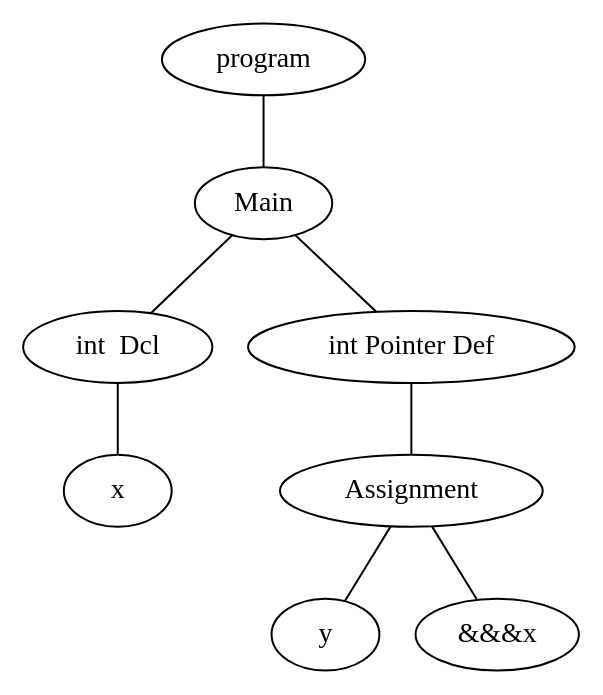
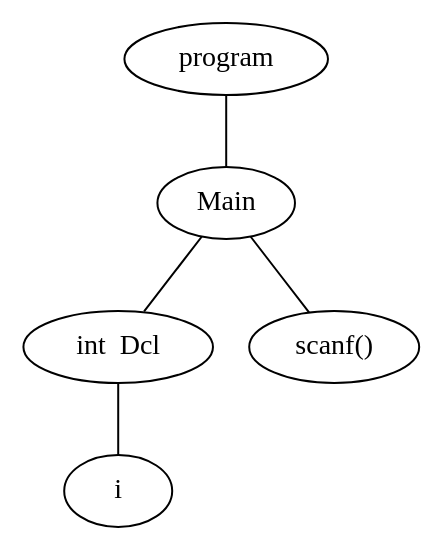
Before and after one commit to Danh95/Project-Compilers: the diagram in AST.dot, drawn with Graphviz. The commit also changed 4 other files, not shown here.

```diff
--- a/AST.dot
+++ b/AST.dot
@@ -1,18 +1,12 @@
 graph AST {
 0[label="program"];
 1[label="Main"];
 0 -- 1;
 2[label=" int  Dcl"];
 1 -- 2;
-3[label="x"];
+3[label="i"];
 2 -- 3;
-4[label=" int Pointer Def"];
+4[label="scanf()"];
 1 -- 4;
-5[label="Assignment"];
-4 -- 5;
-6[label="y"];
-5 -- 6;
-7[label="&&&x"];
-5 -- 7;
 
 }
```
